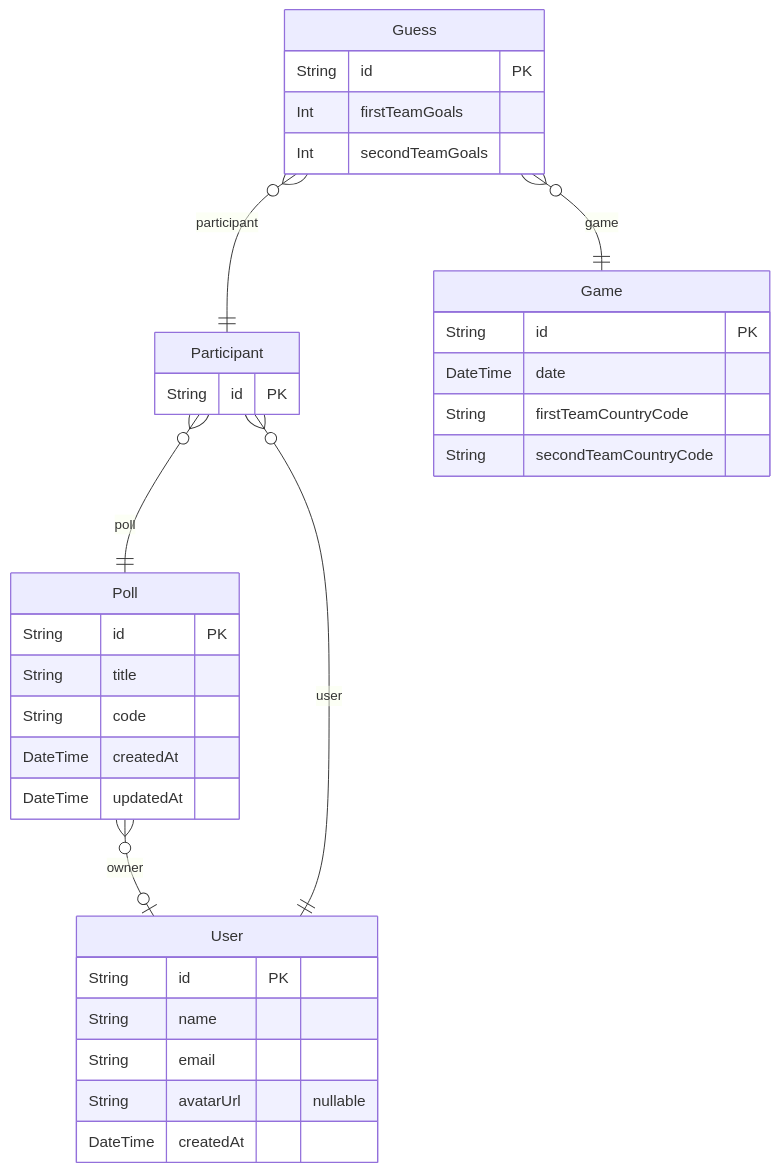
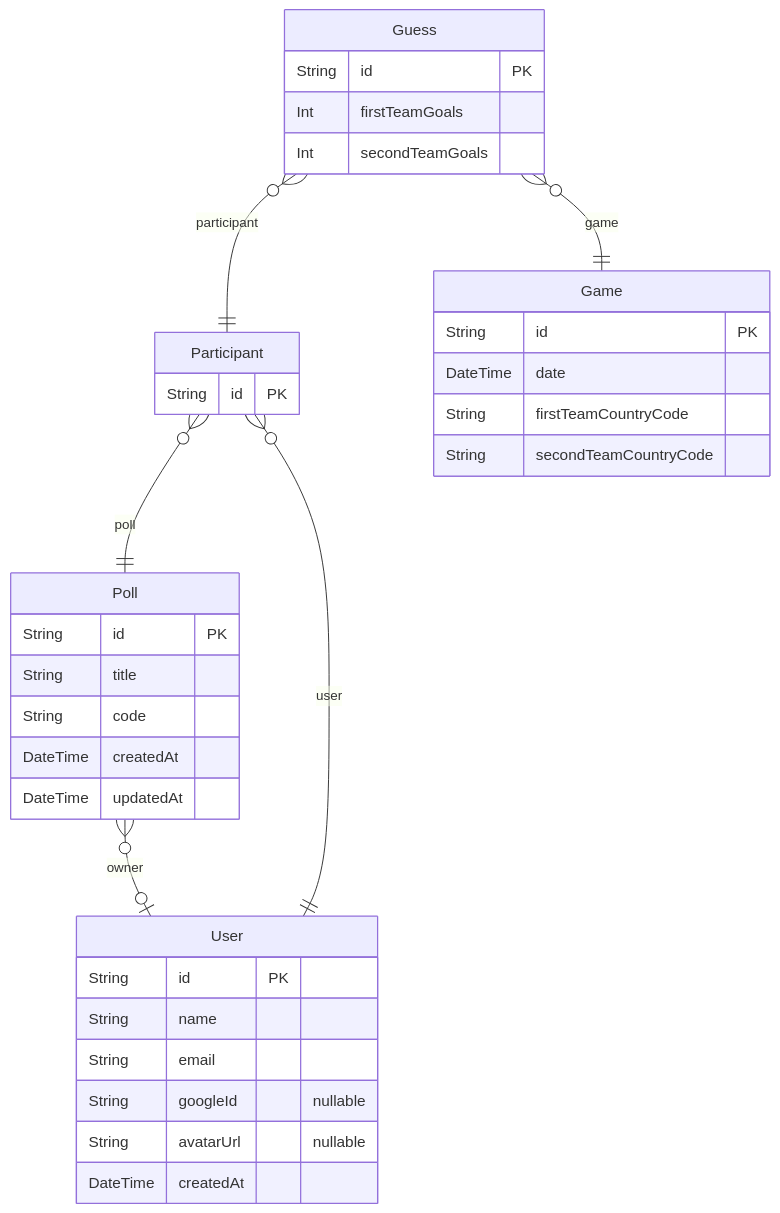
Before and after one commit to liverday/nlw-copa: the diagram in server/prisma/ERD.md, drawn with Mermaid. The commit also changed 28 other files, not shown here.

````diff
--- a/server/prisma/ERD.md
+++ b/server/prisma/ERD.md
@@ -1,46 +1,47 @@
 ```mermaid
 erDiagram
 
   Poll {
     String id PK 
     String title  
     String code  
     DateTime createdAt  
     DateTime updatedAt  
     }
   
 
   Participant {
     String id PK 
     }
   
 
   User {
     String id PK 
     String name  
     String email  
+    String googleId  "nullable"
     String avatarUrl  "nullable"
     DateTime createdAt  
     }
   
 
   Guess {
     String id PK 
     Int firstTeamGoals  
     Int secondTeamGoals  
     }
   
 
   Game {
     String id PK 
     DateTime date  
     String firstTeamCountryCode  
     String secondTeamCountryCode  
     }
   
     Poll o{--|o User : "owner"
     Participant o{--|| User : "user"
     Participant o{--|| Poll : "poll"
     Guess o{--|| Game : "game"
     Guess o{--|| Participant : "participant"
 ```
````
